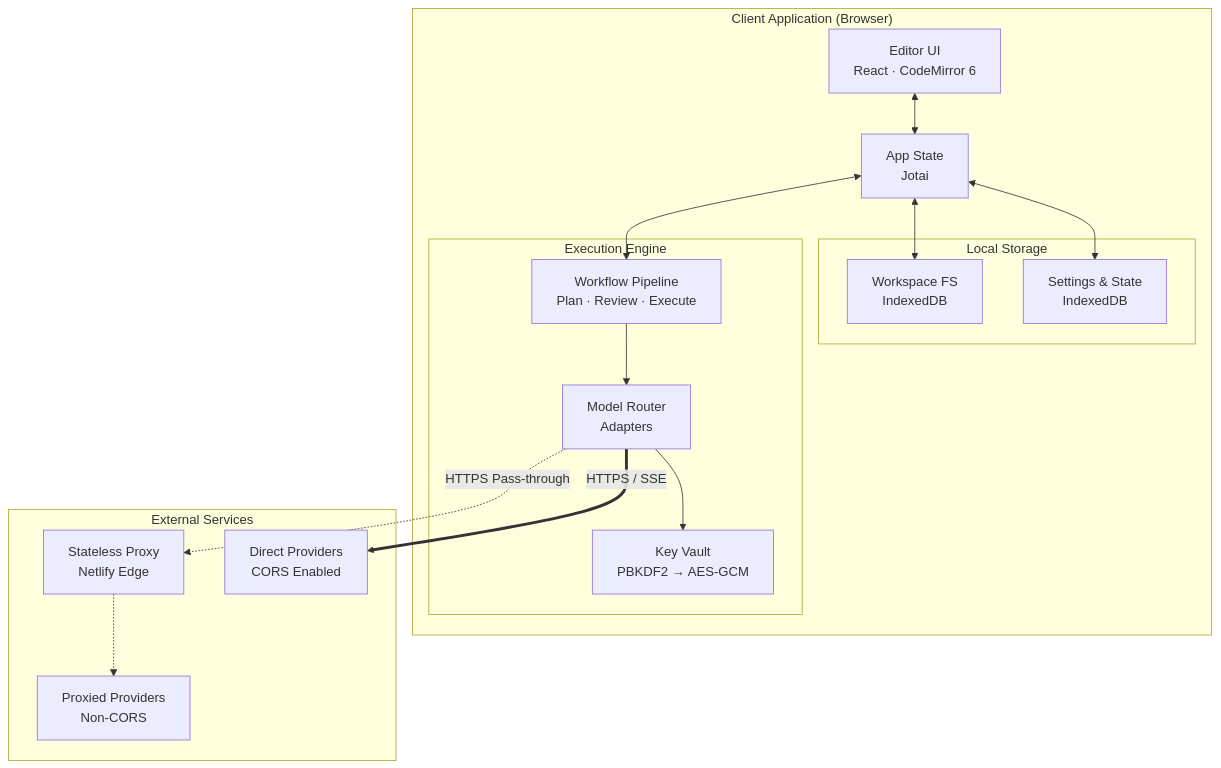
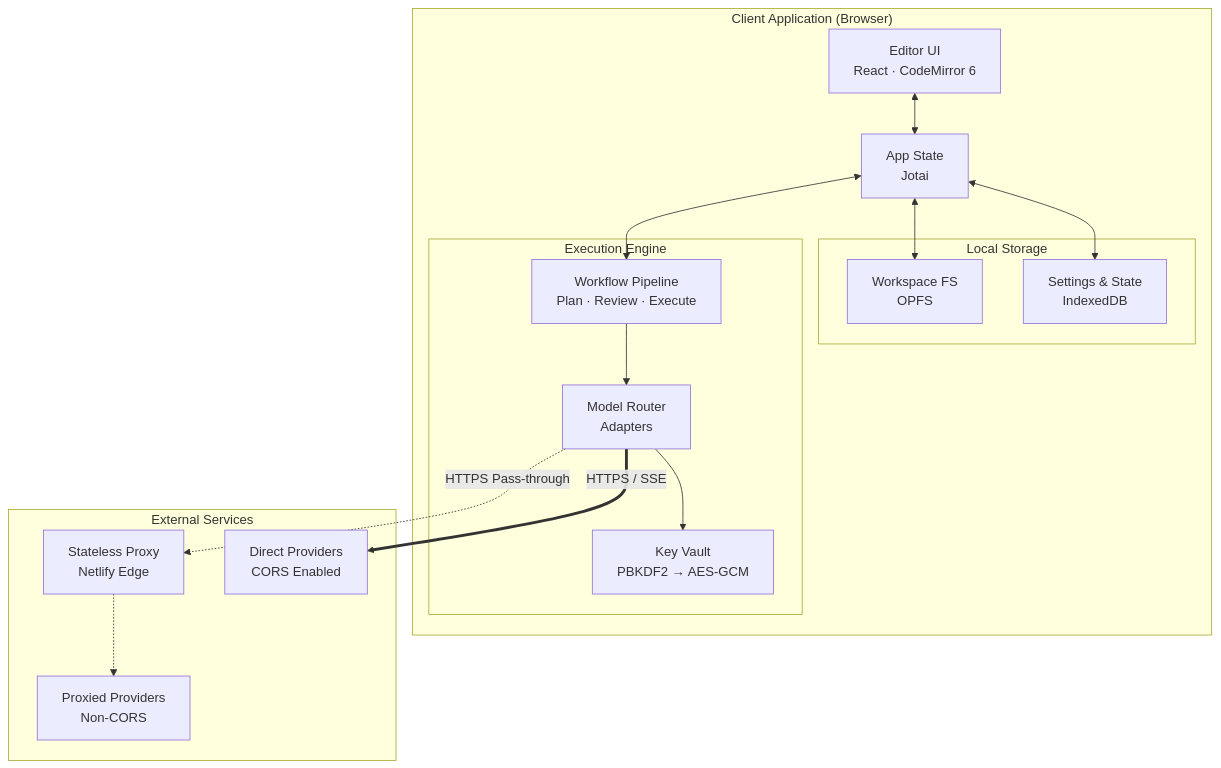
Before and after one commit to marespopa/daedaluside: the first of 2 diagrams in ARCHITECTURE.md, drawn with Mermaid. The commit also changed other lines of this file and 24 other files, not shown here.

First line of the commit message:
feat: replace IndexedDB file backend with direct OPFS

````diff
--- a/ARCHITECTURE.md
+++ b/ARCHITECTURE.md
@@ -39,35 +39,35 @@
 ```mermaid
 graph TD
     subgraph Client ["Client Application (Browser)"]
         UI["Editor UI<br/>React · CodeMirror 6"]
         State["App State<br/>Jotai"]
         
         subgraph Storage ["Local Storage"]
-            FS["Workspace FS<br/>IndexedDB"]
+            FS["Workspace FS<br/>OPFS"]
             DB["Settings & State<br/>IndexedDB"]
         end
         
         subgraph Engine ["Execution Engine"]
             Pipeline["Workflow Pipeline<br/>Plan · Review · Execute"]
             Router["Model Router<br/>Adapters"]
             Vault["Key Vault<br/>PBKDF2 → AES-GCM"]
         end
 
         UI <--> State
         State <--> FS
         State <--> DB
         State <--> Pipeline
         Pipeline --> Router
         Router --> Vault
     end
 
     subgraph Network ["External Services"]
         Proxy["Stateless Proxy<br/>Netlify Edge"]
         DirectAPI["Direct Providers<br/>CORS Enabled"]
         ProxiedAPI["Proxied Providers<br/>Non-CORS"]
     end
 
     Router ==>|"HTTPS / SSE"| DirectAPI
     Router -.->|"HTTPS Pass-through"| Proxy
     Proxy -.-> ProxiedAPI
 ```
````
